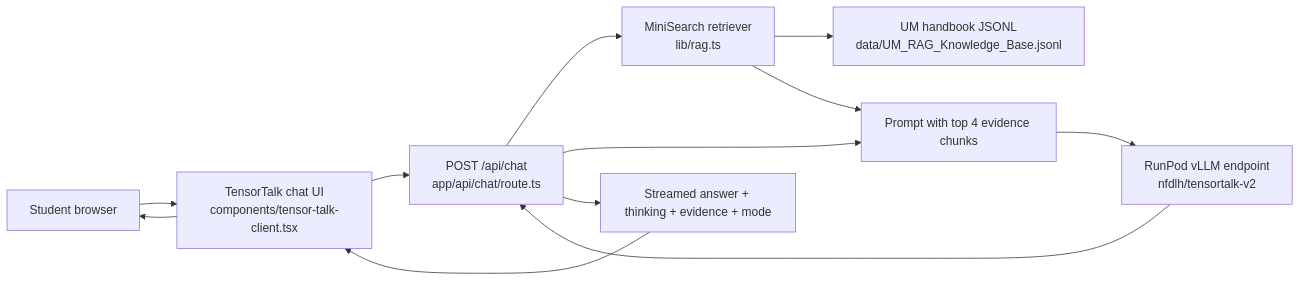
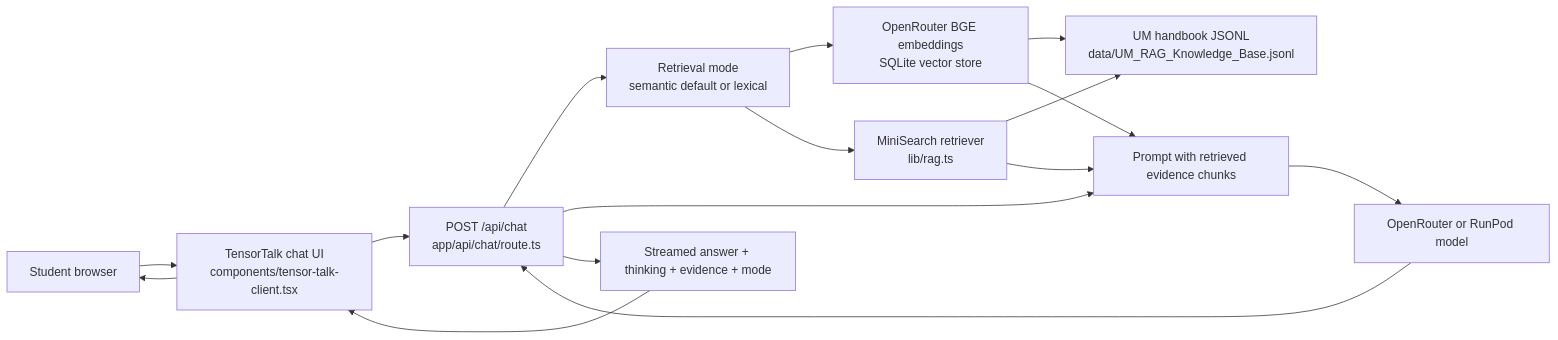
Before and after one commit to nfdlh/tensor-talk: the diagram in README.md, drawn with Mermaid. The commit also changed other lines of this file and 24 other files, not shown here.

Commit message:
feat: add semantic vector retrieval mode

````diff
--- a/README.md
+++ b/README.md
@@ -16,18 +16,22 @@
 ```mermaid
 flowchart LR
   User["Student browser"]
   UI["TensorTalk chat UI<br/>components/tensor-talk-client.tsx"]
   API["POST /api/chat<br/>app/api/chat/route.ts"]
-  RAG["MiniSearch retriever<br/>lib/rag.ts"]
+  Mode["Retrieval mode<br/>semantic default or lexical"]
+  Semantic["OpenRouter BGE embeddings<br/>SQLite vector store"]
+  Lexical["MiniSearch retriever<br/>lib/rag.ts"]
   KB["UM handbook JSONL<br/>data/UM_RAG_Knowledge_Base.jsonl"]
-  Prompt["Prompt with top 4 evidence chunks"]
-  Model["RunPod vLLM endpoint<br/>nfdlh/tensortalk-v2"]
+  Prompt["Prompt with retrieved evidence chunks"]
+  Model["OpenRouter or RunPod model"]
   Response["Streamed answer + thinking + evidence + mode"]
 
   User --> UI --> API
-  API --> RAG
-  RAG --> KB
-  RAG --> Prompt
+  API --> Mode
+  Mode --> Semantic --> KB
+  Mode --> Lexical --> KB
+  Semantic --> Prompt
+  Lexical --> Prompt
   API --> Prompt --> Model --> API
   API --> Response --> UI --> User
 ```
````
